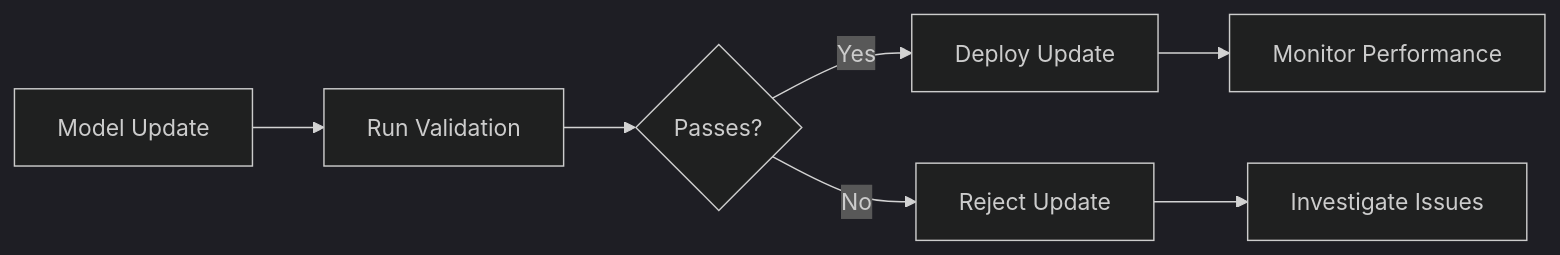
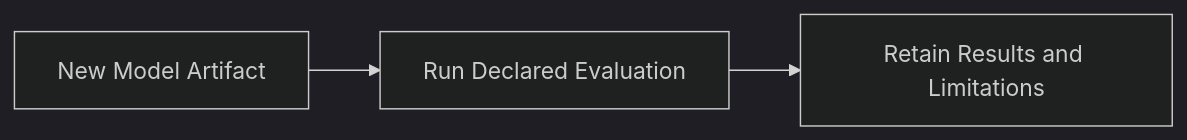
The seventh of 7 diagrams in plans/09-Quality/02-Validation/01-model-validation.md (Evintkoo/2048-ml), drawn with Mermaid (dark theme) before and after one commit. The commit also changed other lines of this file and 67 other files, not shown here.

````diff
--- a/plans/09-Quality/02-Validation/01-model-validation.md
+++ b/plans/09-Quality/02-Validation/01-model-validation.md
@@ -138,9 +121,5 @@
 ```mermaid
 flowchart LR
-    A[Model Update] --> B[Run Validation]
-    B --> C{Passes?}
-    C -->|Yes| D[Deploy Update]
-    C -->|No| E[Reject Update]
-    E --> F[Investigate Issues]
-    D --> G[Monitor Performance]
+    A[New Model Artifact] --> B[Run Declared Evaluation]
+    B --> C[Retain Results and Limitations]
 ```
````
